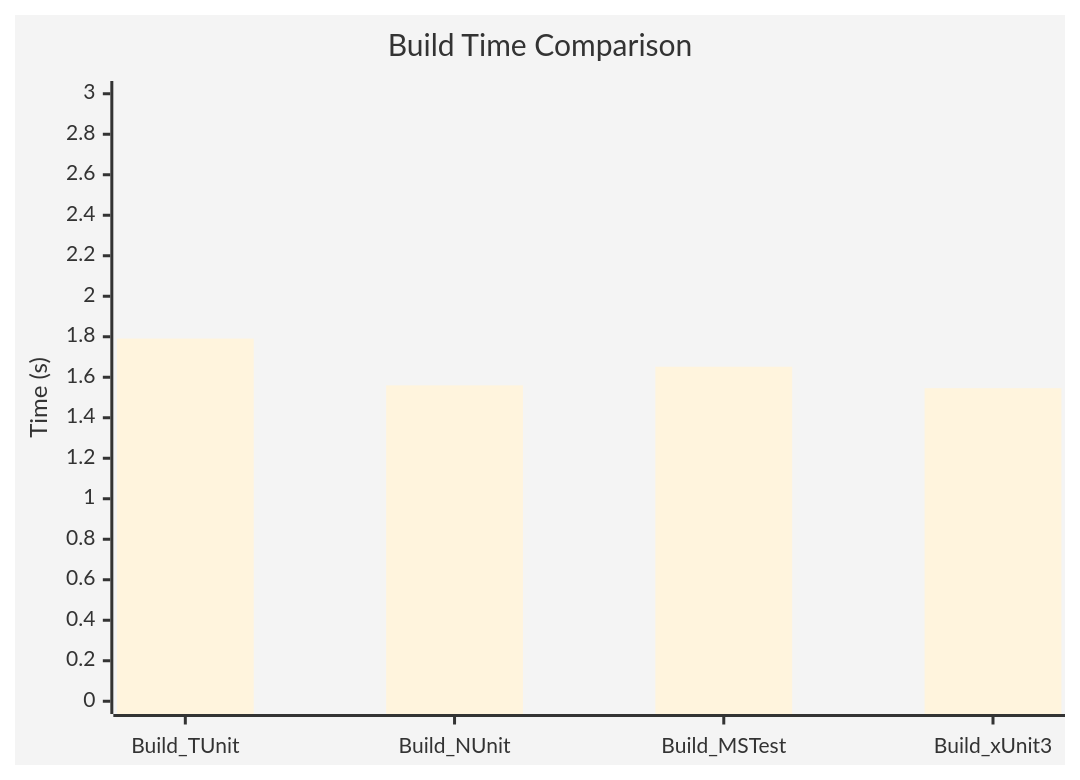
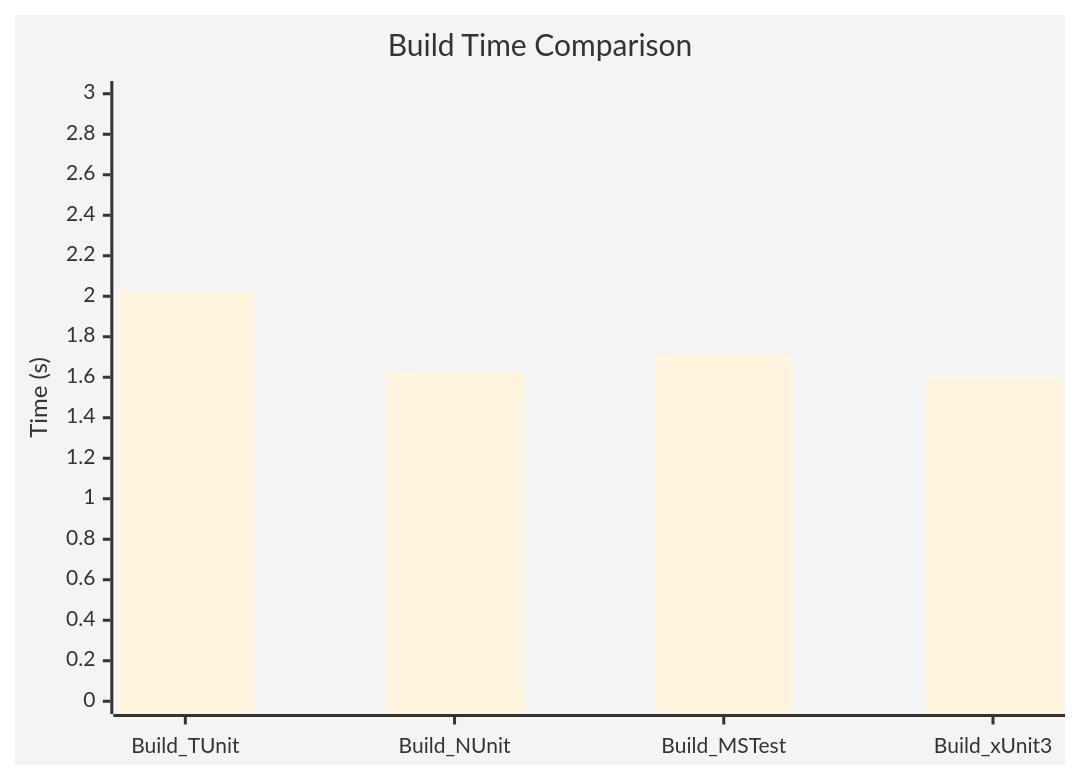
One commit to thomhurst/TUnit changed the second of 2 diagrams in docs/docs/benchmarks/index.md. Above: the diagram before and after it, drawn with Mermaid. The commit also changed other lines of this file and 3 other files, not shown here.

````diff
--- a/docs/docs/benchmarks/index.md
+++ b/docs/docs/benchmarks/index.md
@@ -131,8 +51,8 @@
 ```mermaid
 %%{init: {'theme':'base'}}%%
 xychart-beta
   title "Build Time Comparison"
   x-axis ["Build_TUnit", "Build_NUnit", "Build_MSTest", "Build_xUnit3"]
   y-axis "Time (s)" 0 --> 3
-  bar [1.791, 1.56, 1.652, 1.546]
+  bar [2.025, 1.63, 1.712, 1.6]
 ```
````
